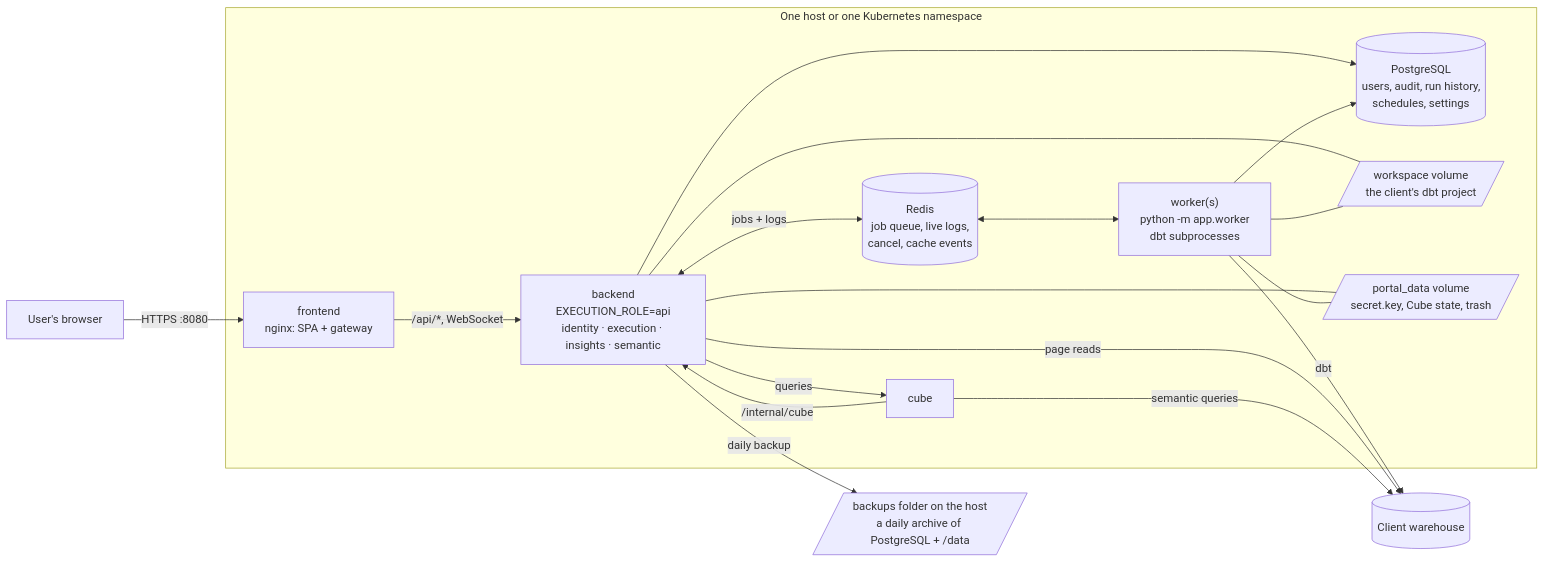
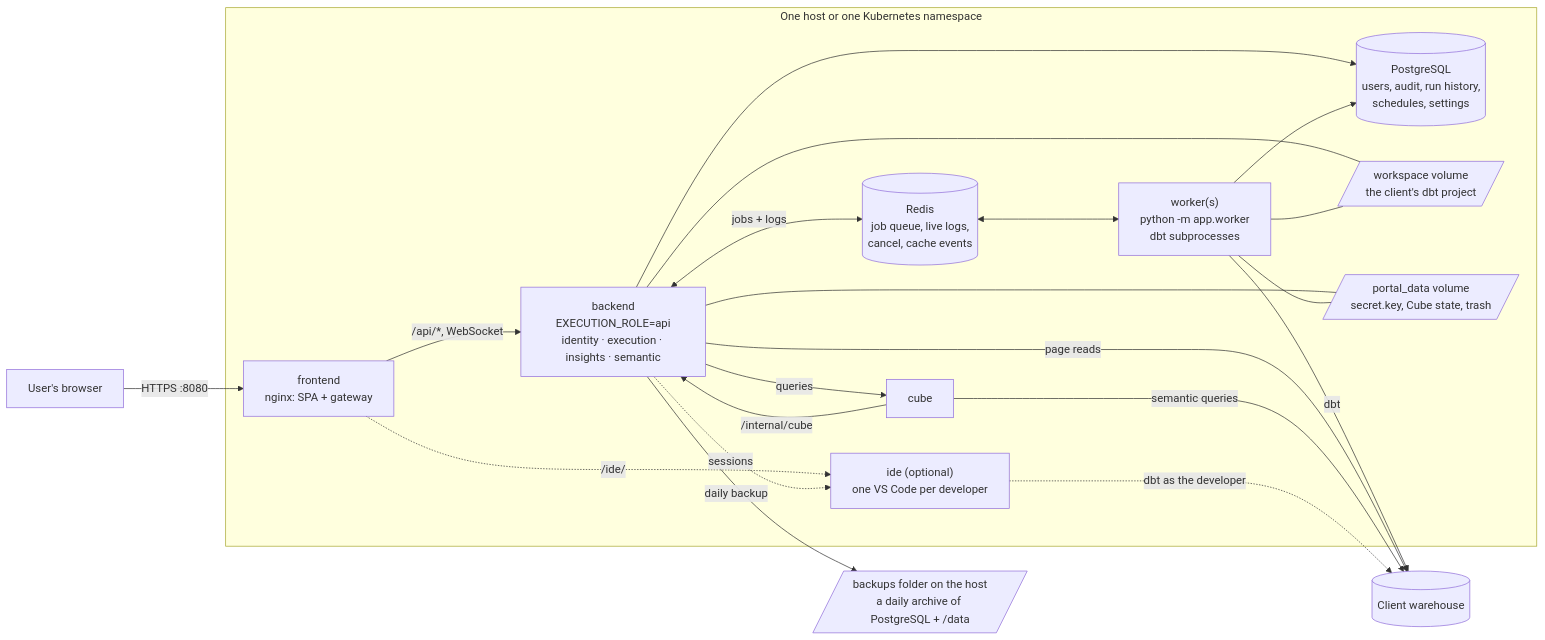
One commit to omaryehia015/capgemini-dbt-portal-deploy changed the third of 9 diagrams in docs/SYSTEM_GUIDE.md. Above: the diagram before and after it, drawn with Mermaid. The commit also changed other lines of this file and 13 other files, not shown here.

First line of the commit message:
VS Code: the ide service, opt-in with --vscode

````diff
--- a/docs/SYSTEM_GUIDE.md
+++ b/docs/SYSTEM_GUIDE.md
@@ -96,32 +96,36 @@
 ```mermaid
 flowchart LR
   U["User's browser"] -->|"HTTPS :8080"| FE
 
   subgraph host["One host or one Kubernetes namespace"]
     FE["frontend<br/>nginx: SPA + gateway"]
     BE["backend<br/>EXECUTION_ROLE=api<br/>identity · execution · insights · semantic"]
     WK["worker(s)<br/>python -m app.worker<br/>dbt subprocesses"]
     CU["cube"]
     PG[("PostgreSQL<br/>users, audit, run history,<br/>schedules, settings")]
     RD[("Redis<br/>job queue, live logs,<br/>cancel, cache events")]
     WS[/"workspace volume<br/>the client's dbt project"/]
     DATA[/"portal_data volume<br/>secret.key, Cube state, trash"/]
+    IDE["ide (optional)<br/>one VS Code per developer"]
   end
   BK[/"backups folder on the host<br/>a daily archive of PostgreSQL + /data"/]
 
   FE -->|"/api/*, WebSocket"| BE
   BE <-->|"jobs + logs"| RD
   RD <--> WK
   BE --> PG
   WK --> PG
   BE --- WS
   WK --- WS
   BE --- DATA
   WK --- DATA
   BE -->|"daily backup"| BK
   BE -->|"queries"| CU
   CU -->|"/internal/cube"| BE
   WK -->|"dbt"| DWH[("Client warehouse")]
   BE -->|"page reads"| DWH
   CU -->|"semantic queries"| DWH
+  FE -.->|"/ide/"| IDE
+  BE -.->|"sessions"| IDE
+  IDE -.->|"dbt as the developer"| DWH
 ```
````
